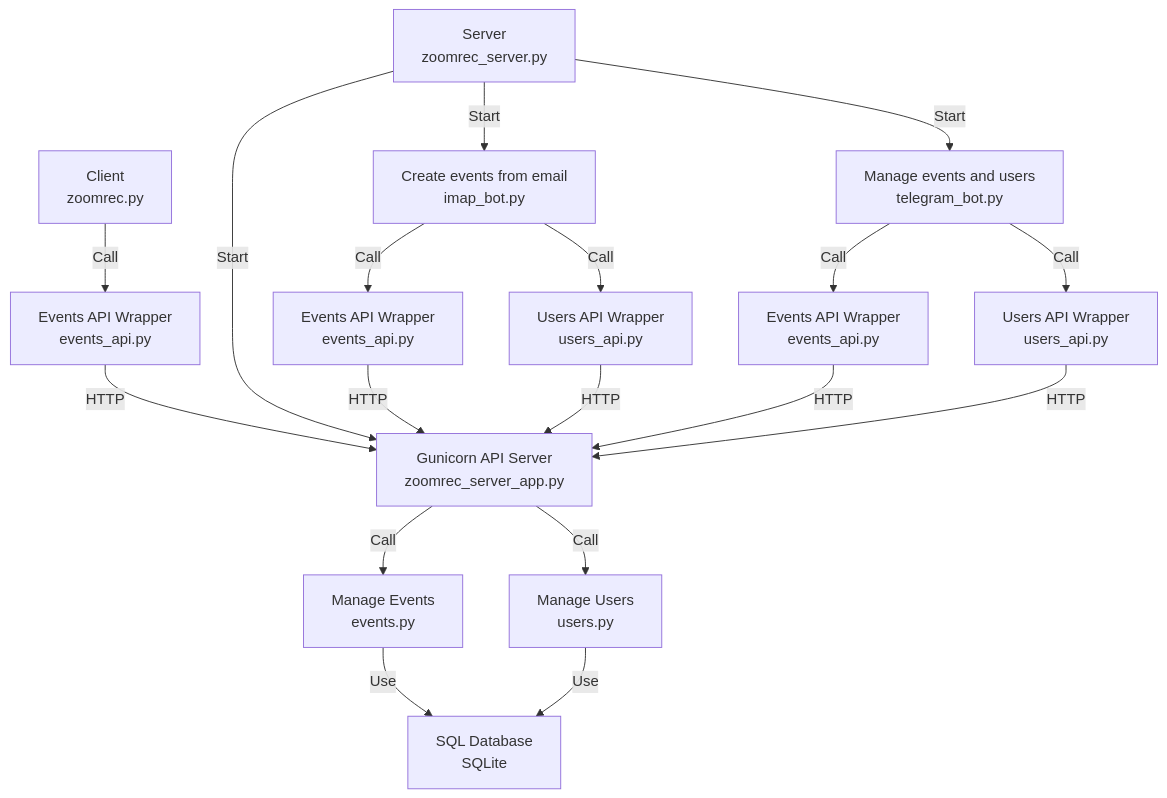
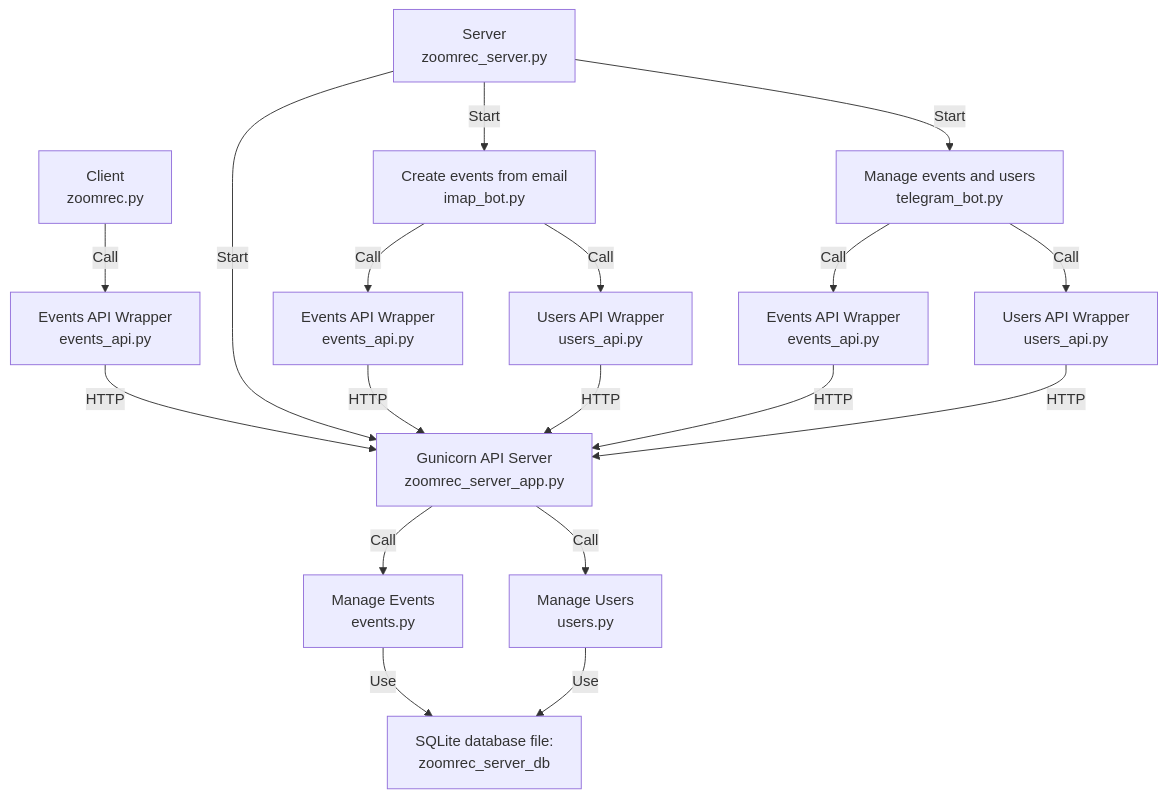
The diagram in README.md (rkilchmn/zoomrec), drawn with Mermaid before and after one commit. The commit also changed other lines of this file, not shown here.

Commit message:
db details in arch diagram

````diff
--- a/README.md
+++ b/README.md
@@ -54,22 +48,22 @@
 ```mermaid
 graph TD
     C[Client<br>zoomrec.py] 
     C -->|Call| EAc[Events API Wrapper<br>events_api.py]
     EAc -->|HTTP| A
     S[Server<br>zoomrec_server.py] 
     S -->|Start| A[Gunicorn API Server<br>zoomrec_server_app.py]
     A -->|Call| E[Manage Events<br>events.py]
     A -->|Call| U[Manage Users<br>users.py]
-    E -->|Use| DB[SQL Database<br>SQLite]
-    U -->|Use| DB[SQL Database<br>SQLite]
+    E -->|Use| DB[SQLite Database<br>file:zoomrec_server_db]
+    U -->|Use| DB[SQLite database file:<br>zoomrec_server_db]
     S -->|Start| I[Create events from email<br>imap_bot.py]
     S -->|Start| T[Manage events and users<br>telegram_bot.py]
     I -->|Call| EAi[Events API Wrapper<br>events_api.py]
     I -->|Call| UAi[Users API Wrapper<br>users_api.py]
     EAi -->|HTTP| A
     UAi -->|HTTP| A
     T -->|Call| EAt[Events API Wrapper<br>events_api.py]
     T -->|Call| UAt[Users API Wrapper<br>users_api.py]
     EAt -->|HTTP| A
     UAt -->|HTTP| A
 ```
````
